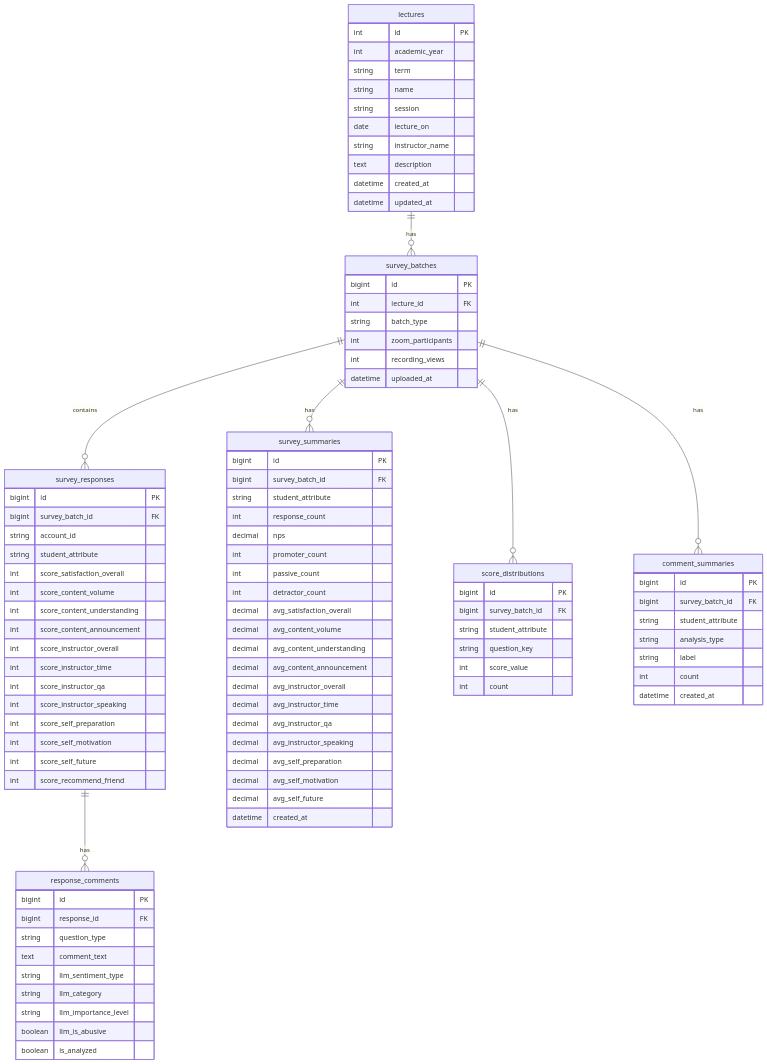
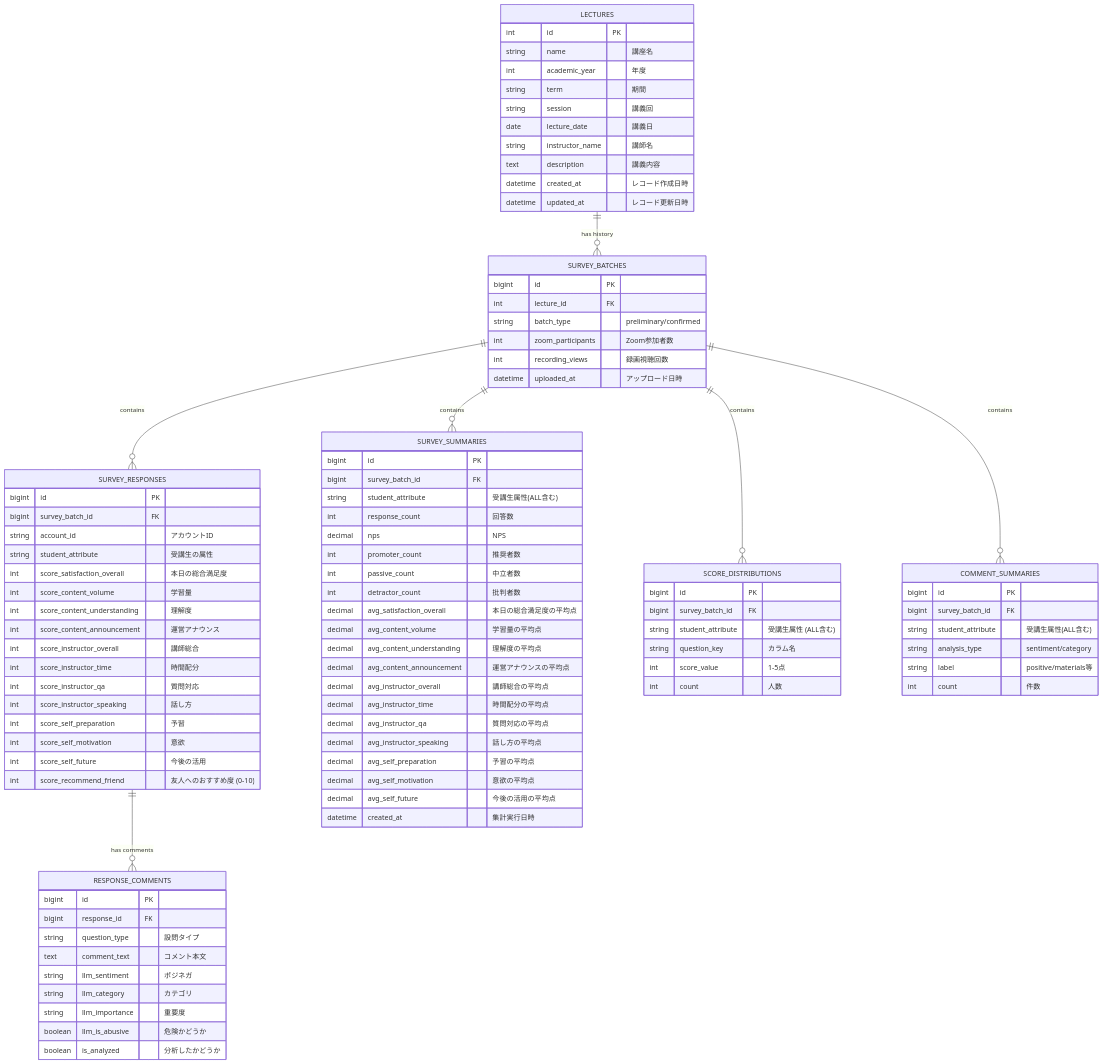
The diagram in docs/database.md (yt1970/AIE-DXproject_1_back), drawn with Mermaid before and after one commit. The commit also changed other lines of this file and 2 other files, not shown here.

````diff
--- a/docs/database.md
+++ b/docs/database.md
@@ -7,104 +3,217 @@
 ```mermaid
+
 erDiagram
-    lectures ||--o{ survey_batches : "has"
-    survey_batches ||--o{ survey_responses : "contains"
-    survey_batches ||--o{ survey_summaries : "has"
-    survey_batches ||--o{ score_distributions : "has"
-    survey_batches ||--o{ comment_summaries : "has"
-    survey_responses ||--o{ response_comments : "has"
 
-    lectures {
+    %% 講義マスタ（不変な情報）
+
+    LECTURES ||--o{ SURVEY_BATCHES : "has history"
+
+    %% 集計バッチ（アップロード単位・履歴）
+
+    SURVEY_BATCHES ||--o{ SURVEY_RESPONSES : "contains"
+
+    %% 個別の回答（スコア）
+
+    SURVEY_RESPONSES ||--o{ RESPONSE_COMMENTS : "has comments"
+
+
+
+    %% 集計結果
+
+    SURVEY_BATCHES ||--o{ SURVEY_SUMMARIES : "contains"
+
+    SURVEY_BATCHES ||--o{ SCORE_DISTRIBUTIONS : "contains"
+
+    SURVEY_BATCHES ||--o{ COMMENT_SUMMARIES : "contains"
+
+
+
+    LECTURES {
+
         int id PK
-        int academic_year
-        string term
-        string name
-        string session
-        date lecture_on
-        string instructor_name
-        text description
-        datetime created_at
-        datetime updated_at
+
+        string name "講座名"
+
+        int academic_year "年度"
+
+        string term "期間"
+
+        string session "講義回"
+
+        date lecture_date "講義日"
+
+        string instructor_name "講師名"
+
+        text description "講義内容"
+
+        datetime created_at "レコード作成日時"
+
+        datetime updated_at "レコード更新日時"
+
     }
 
-    survey_batches {
+
+
+    SURVEY_BATCHES {
+
         bigint id PK
+
         int lecture_id FK
-        string batch_type
-        int zoom_participants
-        int recording_views
-        datetime uploaded_at
+
+        string batch_type "preliminary/confirmed"
+
+        int zoom_participants "Zoom参加者数"
+
+        int recording_views "録画視聴回数"
+
+        datetime uploaded_at "アップロード日時"
+
     }
 
-    survey_responses {
+
+
+    SURVEY_RESPONSES {
+
         bigint id PK
+
         bigint survey_batch_id FK
-        string account_id
-        string student_attribute
-        int score_satisfaction_overall
-        int score_content_volume
-        int score_content_understanding
-        int score_content_announcement
-        int score_instructor_overall
-        int score_instructor_time
-        int score_instructor_qa
-        int score_instructor_speaking
-        int score_self_preparation
-        int score_self_motivation
-        int score_self_future
-        int score_recommend_friend
+
+        string account_id "アカウントID"
+
+        string student_attribute "受講生の属性"
+
+        int score_satisfaction_overall "本日の総合満足度"
+
+        int score_content_volume "学習量"
+
+        int score_content_understanding "理解度"
+
+        int score_content_announcement "運営アナウンス"
+
+        int score_instructor_overall "講師総合"
+
+        int score_instructor_time "時間配分"
+
+        int score_instructor_qa "質問対応"
+
+        int score_instructor_speaking "話し方"
+
+        int score_self_preparation "予習"
+
+        int score_self_motivation "意欲"
+
+        int score_self_future "今後の活用"
+
+        int score_recommend_friend "友人へのおすすめ度 (0-10)"
+
     }
 
-    response_comments {
+
+
+    RESPONSE_COMMENTS {
+
         bigint id PK
+
         bigint response_id FK
-        string question_type
-        text comment_text
-        string llm_sentiment_type
-        string llm_category
-        string llm_importance_level
-        boolean llm_is_abusive
-        boolean is_analyzed
+
+        string question_type "設問タイプ"
+
+        text comment_text "コメント本文"
+
+        string llm_sentiment "ポジネガ"
+
+        string llm_category "カテゴリ"
+
+        string llm_importance "重要度"
+
+        boolean llm_is_abusive "危険かどうか"
+
+        boolean is_analyzed "分析したかどうか"
+
     }
 
-    survey_summaries {
+
+
+    SURVEY_SUMMARIES {
+
         bigint id PK
+
         bigint survey_batch_id FK
-        string student_attribute
-        int response_count
-        decimal nps
-        int promoter_count
-        int passive_count
-        int detractor_count
-        decimal avg_satisfaction_overall
-        decimal avg_content_volume
-        decimal avg_content_understanding
-        decimal avg_content_announcement
-        decimal avg_instructor_overall
-        decimal avg_instructor_time
-        decimal avg_instructor_qa
-        decimal avg_instructor_speaking
-        decimal avg_self_preparation
-        decimal avg_self_motivation
-        decimal avg_self_future
-        datetime created_at
+
+        string student_attribute "受講生属性(ALL含む)"
+
+        int response_count "回答数"
+
+        decimal nps "NPS"
+
+        int promoter_count "推奨者数"
+
+        int passive_count "中立者数"
+
+        int detractor_count "批判者数"
+
+        decimal avg_satisfaction_overall "本日の総合満足度の平均点"
+
+        decimal avg_content_volume "学習量の平均点"
+
+        decimal avg_content_understanding "理解度の平均点"
+
+        decimal avg_content_announcement "運営アナウンスの平均点"
+
+        decimal avg_instructor_overall "講師総合の平均点"
+
+        decimal avg_instructor_time "時間配分の平均点"
+
+        decimal avg_instructor_qa "質問対応の平均点"
+
+        decimal avg_instructor_speaking "話し方の平均点"
+
+        decimal avg_self_preparation "予習の平均点"
+
+        decimal avg_self_motivation "意欲の平均点"
+
+        decimal avg_self_future "今後の活用の平均点"
+
+        datetime created_at "集計実行日時"
+
     }
 
-    score_distributions {
+
+
+    SCORE_DISTRIBUTIONS {
+
         bigint id PK
+
         bigint survey_batch_id FK
-        string student_attribute
-        string question_key
-        int score_value
-        int count
+
+        string student_attribute "受講生属性 (ALL含む)"
+
+        string question_key "カラム名"
+
+        int score_value "1-5点"
+
+        int count "人数"
+
     }
 
-    comment_summaries {
+
+
+    COMMENT_SUMMARIES {
+
         bigint id PK
+
         bigint survey_batch_id FK
-        string student_attribute
-        string analysis_type
-        string label
-        int count
-        datetime created_at
+
+        string student_attribute "受講生属性(ALL含む)"
+
+        string analysis_type "sentiment/category"
+
+        string label "positive/materials等"
+
+        int count "件数"
+
     }
+
+
+
 ```
````
